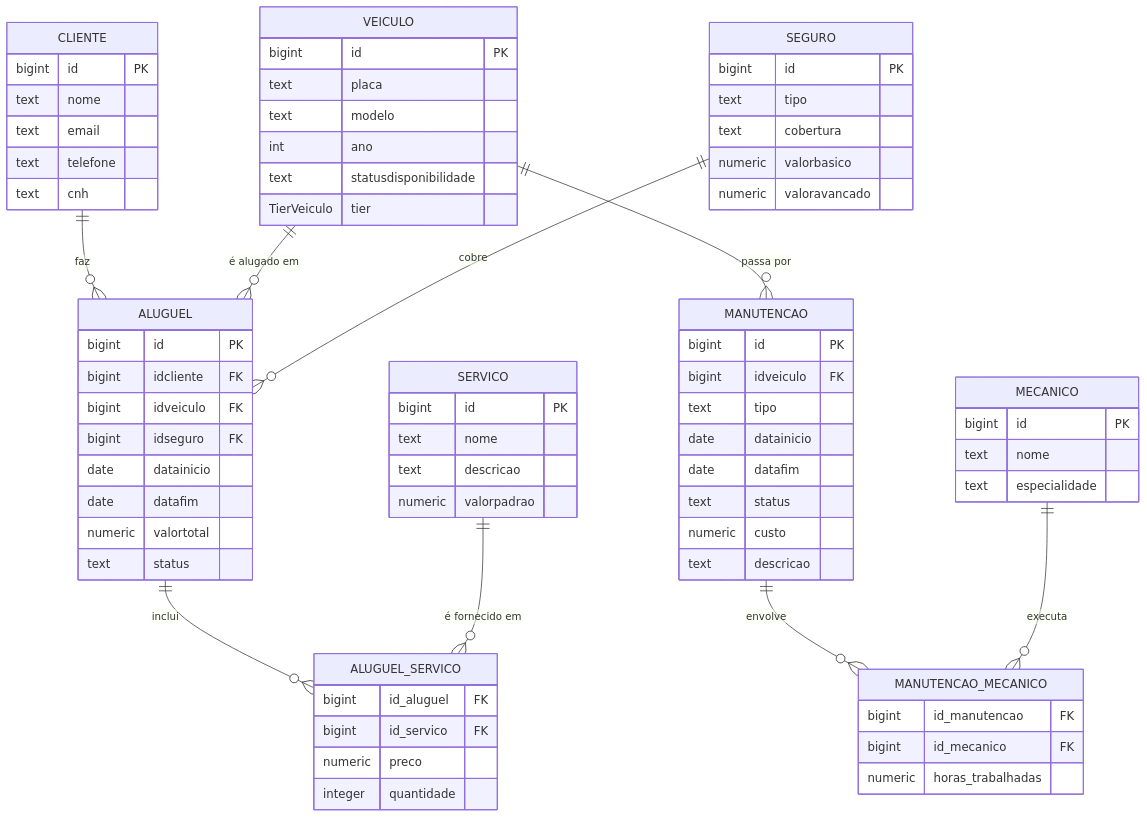
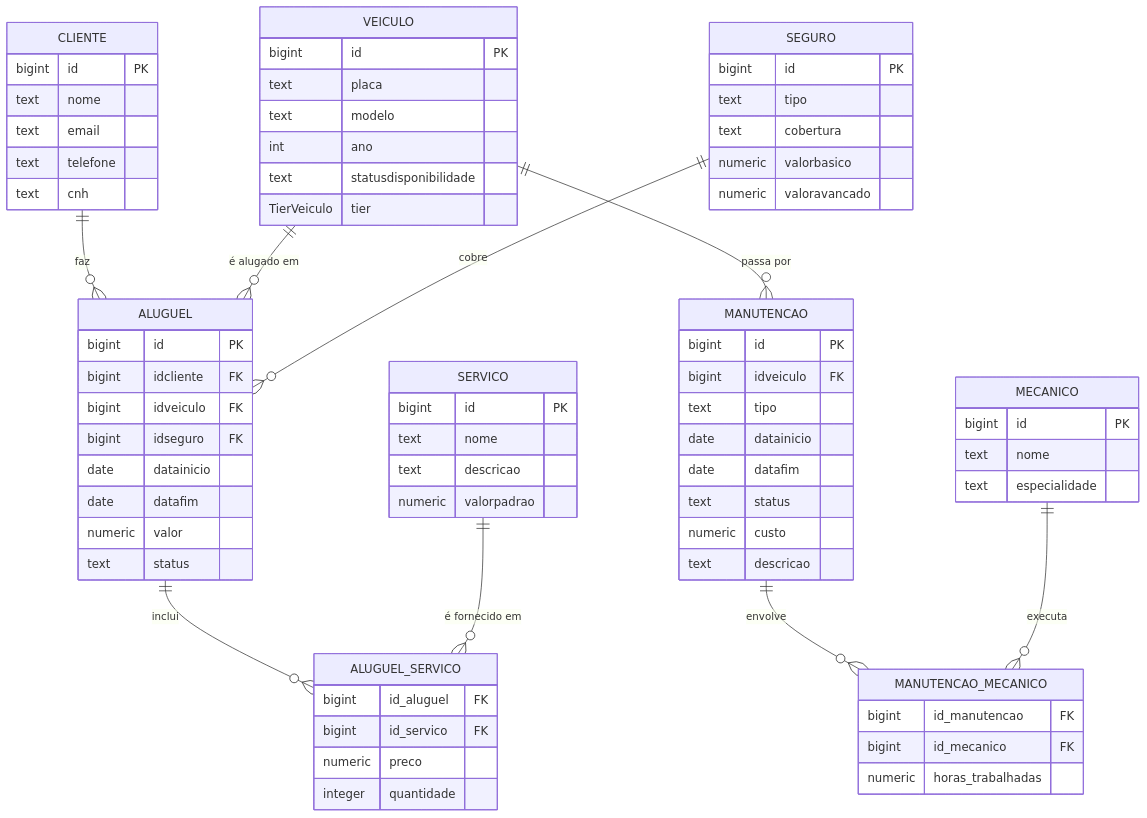
Before and after one commit to PedroSatoru/MyMove_DB: the diagram in README.md, drawn with Mermaid.

````diff
--- a/README.md
+++ b/README.md
@@ -42,77 +42,77 @@
 ```mermaid
 erDiagram
     CLIENTE {
       bigint id PK
       text nome
       text email
       text telefone
       text cnh
     }
     VEICULO {
       bigint id PK
       text placa
       text modelo
       int ano
       text statusdisponibilidade
       TierVeiculo tier
     }
     SEGURO {
       bigint id PK
       text tipo
       text cobertura
       numeric valorbasico
       numeric valoravancado
     }
     MANUTENCAO {
       bigint id PK
       bigint idveiculo FK
       text tipo
       date datainicio
       date datafim
       text status
       numeric custo
       text descricao
     }
     ALUGUEL {
       bigint id PK
       bigint idcliente FK
       bigint idveiculo FK
       bigint idseguro FK
       date datainicio
       date datafim
-      numeric valortotal
+      numeric valor
       text status
     }
     SERVICO {
       bigint id PK
       text nome
       text descricao
       numeric valorpadrao
     }
     MECANICO {
       bigint id PK
       text nome
       text especialidade
     }
     ALUGUEL_SERVICO {
       bigint id_aluguel FK
       bigint id_servico FK
       numeric preco
       integer quantidade
     }
     MANUTENCAO_MECANICO {
       bigint id_manutencao FK
       bigint id_mecanico FK
       numeric horas_trabalhadas
     }
 
     CLIENTE ||--o{ ALUGUEL : "faz"
     VEICULO ||--o{ ALUGUEL : "é alugado em"
     SEGURO  ||--o{ ALUGUEL : "cobre"
     ALUGUEL ||--o{ ALUGUEL_SERVICO : "inclui"
     SERVICO ||--o{ ALUGUEL_SERVICO : "é fornecido em"
     VEICULO ||--o{ MANUTENCAO : "passa por"
     MANUTENCAO ||--o{ MANUTENCAO_MECANICO : "envolve"
     MECANICO ||--o{ MANUTENCAO_MECANICO : "executa"
 
 ```
````
